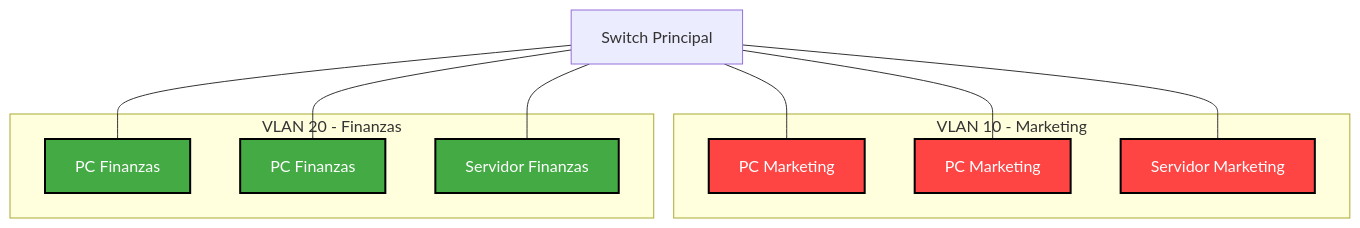
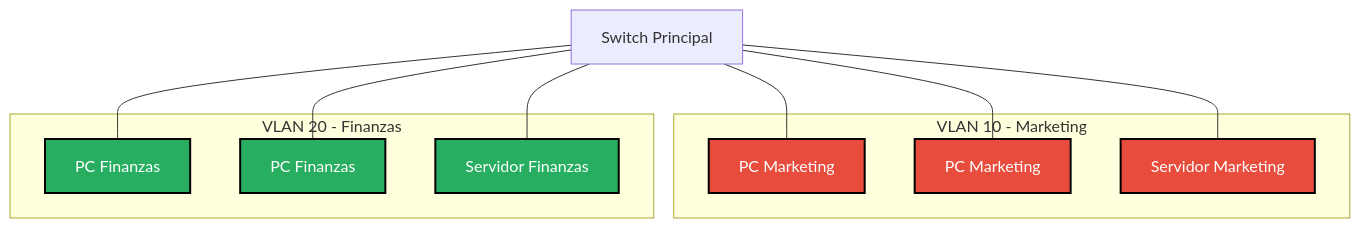
Before and after one commit to ulysses-ck/grupo-redes-ifts-2025: the first of 21 diagrams in tps/tp1.md, drawn with Mermaid. The commit also changed other lines of this file, not shown here.

Commit message:
style: update diagram colors for improved visual consistency across network representations

````diff
--- a/tps/tp1.md
+++ b/tps/tp1.md
@@ -107,34 +107,34 @@
 ```mermaid
 graph TD
     Switch[Switch Principal]
     PC1[PC Marketing]
     PC2[PC Marketing]
     PC3[PC Finanzas]
     PC4[PC Finanzas]
     Server1[Servidor Marketing]
     Server2[Servidor Finanzas]
 
     Switch --- PC1
     Switch --- PC2
     Switch --- PC3
     Switch --- PC4
     Switch --- Server1
     Switch --- Server2
 
     subgraph VLAN 10 - Marketing
         PC1
         PC2
         Server1
     end
 
     subgraph VLAN 20 - Finanzas
         PC3
         PC4
         Server2
     end
 
-    classDef vlan10 fill:#FF4444,stroke:#000000,stroke-width:2px,color:#FFFFFF
-    classDef vlan20 fill:#44AA44,stroke:#000000,stroke-width:2px,color:#FFFFFF
+    classDef vlan10 fill:#e74c3c,stroke:#000000,stroke-width:2px,color:#FFFFFF
+    classDef vlan20 fill:#27ae60,stroke:#000000,stroke-width:2px,color:#FFFFFF
     class PC1,PC2,Server1 vlan10
     class PC3,PC4,Server2 vlan20
 ```
````
